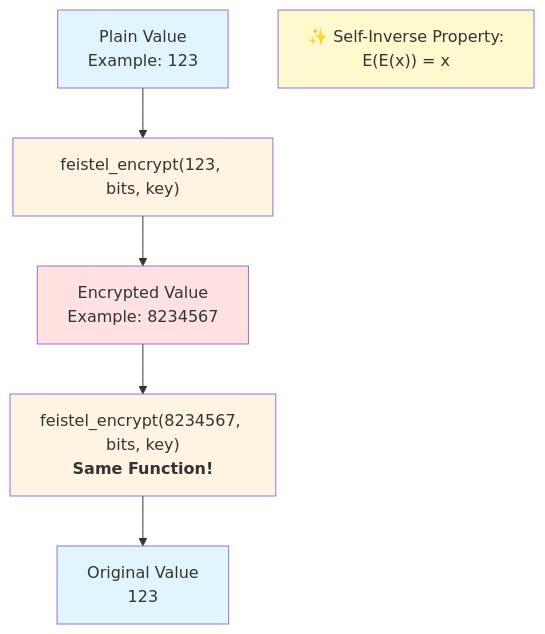
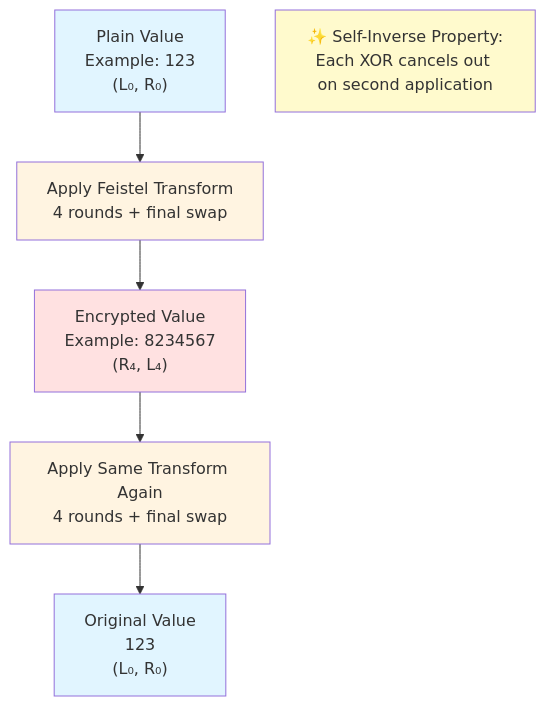
One commit to devall-org/feistel_cipher changed the second of 2 diagrams in README.md. Above: the diagram before and after it, drawn with Mermaid. The commit also changed other lines of this file, not shown here.

First line of the commit message:
docs: Add complete mathematical proof of self-inverse property

````diff
--- a/README.md
+++ b/README.md
@@ -143,19 +178,19 @@
 ```mermaid
 flowchart TB
-    Plain["Plain Value<br/>Example: 123"]
+    Plain["Plain Value<br/>Example: 123<br/>(L₀, R₀)"]
     
-    Plain --> E["feistel_encrypt(123, bits, key)"]
-    E --> Cipher["Encrypted Value<br/>Example: 8234567"]
+    Plain --> E["Apply Feistel Transform<br/>4 rounds + final swap"]
+    E --> Cipher["Encrypted Value<br/>Example: 8234567<br/>(R₄, L₄)"]
     
-    Cipher --> D["feistel_encrypt(8234567, bits, key)<br/><b>Same Function!</b>"]
-    D --> Plain2["Original Value<br/>123"]
+    Cipher --> D["Apply Same Transform Again<br/>4 rounds + final swap"]
+    D --> Plain2["Original Value<br/>123<br/>(L₀, R₀)"]
     
-    Note["✨ Self-Inverse Property:<br/>E(E(x)) = x"]
+    Note["✨ Self-Inverse Property:<br/>Each XOR cancels out on second application"]
     
     style Plain fill:#e1f5ff
     style Cipher fill:#ffe1e1
     style Plain2 fill:#e1f5ff
     style E fill:#fff4e1
     style D fill:#fff4e1
     style Note fill:#fffacd
 ```
````
